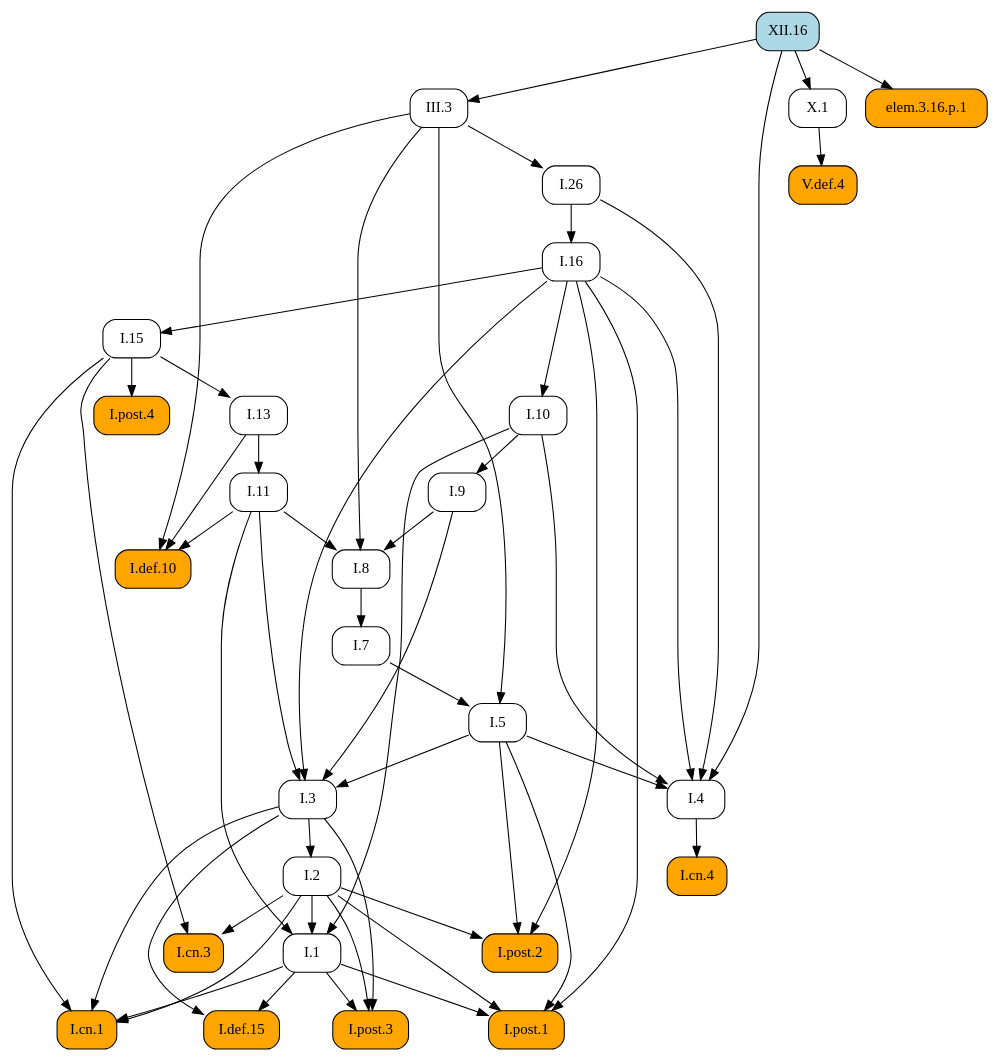
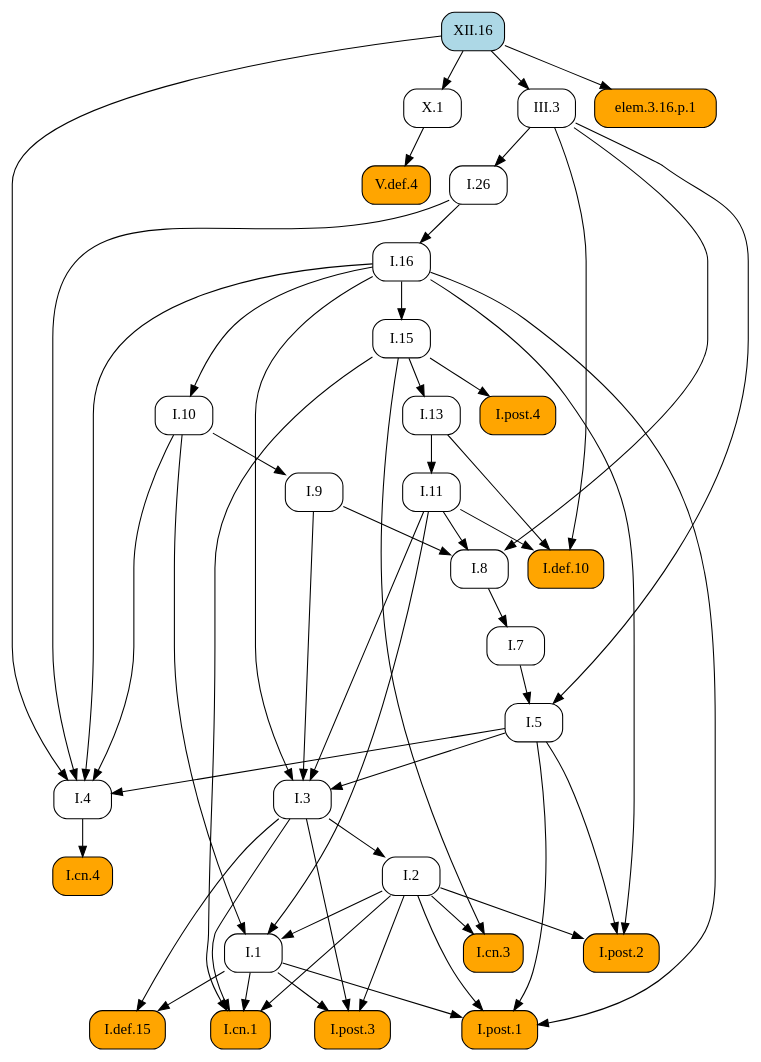
The diagram in docsrc/heath/XII/16/index.rst (geometor/elements), drawn with Graphviz before and after one commit. The commit also changed other lines of this file and 1029 other files, not shown here.

```diff
--- a/docsrc/heath/XII/16/index.rst
+++ b/docsrc/heath/XII/16/index.rst
@@ -37,85 +37,85 @@
    digraph {
      rankdir="TB";
      node [shape=box, style=rounded];
+     "I.def.10" [style="rounded,filled", fillcolor=orange, URL="/heath/I/def.10/", target="_top"];
+     "I.11" [URL="/heath/I/11/", target="_top"];
+     "I.post.4" [style="rounded,filled", fillcolor=orange, URL="/heath/I/post.4/", target="_top"];
+     "I.1" [URL="/heath/I/1/", target="_top"];
+     "I.26" [URL="/heath/I/26/", target="_top"];
+     "I.7" [URL="/heath/I/7/", target="_top"];
+     "I.3" [URL="/heath/I/3/", target="_top"];
+     "I.2" [URL="/heath/I/2/", target="_top"];
+     "I.4" [URL="/heath/I/4/", target="_top"];
+     "XII.16" [style="rounded,filled", fillcolor=lightblue, URL="/heath/XII/16/", target="_top"];
+     "X.1" [URL="/heath/X/1/", target="_top"];
      "I.13" [URL="/heath/I/13/", target="_top"];
+     "I.post.2" [style="rounded,filled", fillcolor=orange, URL="/heath/I/post.2/", target="_top"];
+     "I.16" [URL="/heath/I/16/", target="_top"];
+     "I.def.15" [style="rounded,filled", fillcolor=orange, URL="/heath/I/def.15/", target="_top"];
+     "I.9" [URL="/heath/I/9/", target="_top"];
+     "I.post.3" [style="rounded,filled", fillcolor=orange, URL="/heath/I/post.3/", target="_top"];
+     "III.3" [URL="/heath/III/3/", target="_top"];
+     "I.cn.1" [style="rounded,filled", fillcolor=orange, URL="/heath/I/cn.1/", target="_top"];
      "I.cn.3" [style="rounded,filled", fillcolor=orange, URL="/heath/I/cn.3/", target="_top"];
+     "I.8" [URL="/heath/I/8/", target="_top"];
+     "I.cn.4" [style="rounded,filled", fillcolor=orange, URL="/heath/I/cn.4/", target="_top"];
+     "V.def.4" [style="rounded,filled", fillcolor=orange, URL="/heath/V/def.4/", target="_top"];
+     "I.15" [URL="/heath/I/15/", target="_top"];
+     "elem.3.16.p.1" [style="rounded,filled", fillcolor=orange];
+     "I.post.1" [style="rounded,filled", fillcolor=orange, URL="/heath/I/post.1/", target="_top"];
+     "I.10" [URL="/heath/I/10/", target="_top"];
      "I.5" [URL="/heath/I/5/", target="_top"];
-     "I.11" [URL="/heath/I/11/", target="_top"];
-     "I.7" [URL="/heath/I/7/", target="_top"];
-     "I.10" [URL="/heath/I/10/", target="_top"];
-     "I.4" [URL="/heath/I/4/", target="_top"];
-     "I.3" [URL="/heath/I/3/", target="_top"];
-     "I.16" [URL="/heath/I/16/", target="_top"];
-     "X.1" [URL="/heath/X/1/", target="_top"];
-     "I.8" [URL="/heath/I/8/", target="_top"];
-     "I.9" [URL="/heath/I/9/", target="_top"];
-     "V.def.4" [style="rounded,filled", fillcolor=orange, URL="/heath/V/def.4/", target="_top"];
-     "I.def.10" [style="rounded,filled", fillcolor=orange, URL="/heath/I/def.10/", target="_top"];
-     "III.3" [URL="/heath/III/3/", target="_top"];
-     "I.post.4" [style="rounded,filled", fillcolor=orange, URL="/heath/I/post.4/", target="_top"];
-     "I.post.2" [style="rounded,filled", fillcolor=orange, URL="/heath/I/post.2/", target="_top"];
-     "I.2" [URL="/heath/I/2/", target="_top"];
-     "I.def.15" [style="rounded,filled", fillcolor=orange, URL="/heath/I/def.15/", target="_top"];
-     "I.1" [URL="/heath/I/1/", target="_top"];
-     "I.post.3" [style="rounded,filled", fillcolor=orange, URL="/heath/I/post.3/", target="_top"];
-     "I.post.1" [style="rounded,filled", fillcolor=orange, URL="/heath/I/post.1/", target="_top"];
-     "I.cn.4" [style="rounded,filled", fillcolor=orange, URL="/heath/I/cn.4/", target="_top"];
-     "I.26" [URL="/heath/I/26/", target="_top"];
-     "I.15" [URL="/heath/I/15/", target="_top"];
-     "XII.16" [style="rounded,filled", fillcolor=lightblue, URL="/heath/XII/16/", target="_top"];
-     "I.cn.1" [style="rounded,filled", fillcolor=orange, URL="/heath/I/cn.1/", target="_top"];
-     "elem.3.16.p.1" [style="rounded,filled", fillcolor=orange];
-     "I.15" -> "I.13";
-     "I.2" -> "I.cn.3";
-     "I.15" -> "I.cn.3";
-     "I.7" -> "I.5";
-     "III.3" -> "I.5";
+     "I.11" -> "I.def.10";
+     "I.13" -> "I.def.10";
+     "III.3" -> "I.def.10";
      "I.13" -> "I.11";
+     "I.15" -> "I.post.4";
+     "I.2" -> "I.1";
+     "I.10" -> "I.1";
+     "I.11" -> "I.1";
+     "III.3" -> "I.26";
      "I.8" -> "I.7";
-     "I.16" -> "I.10";
+     "I.5" -> "I.3";
+     "I.9" -> "I.3";
+     "I.11" -> "I.3";
+     "I.16" -> "I.3";
+     "I.3" -> "I.2";
      "I.5" -> "I.4";
      "I.10" -> "I.4";
      "I.16" -> "I.4";
      "I.26" -> "I.4";
      "XII.16" -> "I.4";
-     "I.5" -> "I.3";
-     "I.9" -> "I.3";
-     "I.11" -> "I.3";
-     "I.16" -> "I.3";
+     "XII.16" -> "X.1";
+     "I.15" -> "I.13";
+     "I.2" -> "I.post.2";
+     "I.5" -> "I.post.2";
+     "I.16" -> "I.post.2";
      "I.26" -> "I.16";
-     "XII.16" -> "X.1";
+     "I.1" -> "I.def.15";
+     "I.3" -> "I.def.15";
+     "I.10" -> "I.9";
+     "I.1" -> "I.post.3";
+     "I.2" -> "I.post.3";
+     "I.3" -> "I.post.3";
+     "XII.16" -> "III.3";
+     "I.1" -> "I.cn.1";
+     "I.2" -> "I.cn.1";
+     "I.3" -> "I.cn.1";
+     "I.15" -> "I.cn.1";
+     "I.2" -> "I.cn.3";
+     "I.15" -> "I.cn.3";
      "I.9" -> "I.8";
      "I.11" -> "I.8";
      "III.3" -> "I.8";
-     "I.10" -> "I.9";
+     "I.4" -> "I.cn.4";
      "X.1" -> "V.def.4";
-     "I.11" -> "I.def.10";
-     "I.13" -> "I.def.10";
-     "III.3" -> "I.def.10";
-     "XII.16" -> "III.3";
-     "I.15" -> "I.post.4";
-     "I.2" -> "I.post.2";
-     "I.5" -> "I.post.2";
-     "I.16" -> "I.post.2";
-     "I.3" -> "I.2";
-     "I.1" -> "I.def.15";
-     "I.3" -> "I.def.15";
-     "I.2" -> "I.1";
-     "I.10" -> "I.1";
-     "I.11" -> "I.1";
-     "I.1" -> "I.post.3";
-     "I.2" -> "I.post.3";
-     "I.3" -> "I.post.3";
+     "I.16" -> "I.15";
+     "XII.16" -> "elem.3.16.p.1";
      "I.1" -> "I.post.1";
      "I.2" -> "I.post.1";
      "I.5" -> "I.post.1";
      "I.16" -> "I.post.1";
-     "I.4" -> "I.cn.4";
-     "III.3" -> "I.26";
-     "I.16" -> "I.15";
-     "I.1" -> "I.cn.1";
-     "I.2" -> "I.cn.1";
-     "I.3" -> "I.cn.1";
-     "I.15" -> "I.cn.1";
-     "XII.16" -> "elem.3.16.p.1";
+     "I.16" -> "I.10";
+     "I.7" -> "I.5";
+     "III.3" -> "I.5";
    }
```
